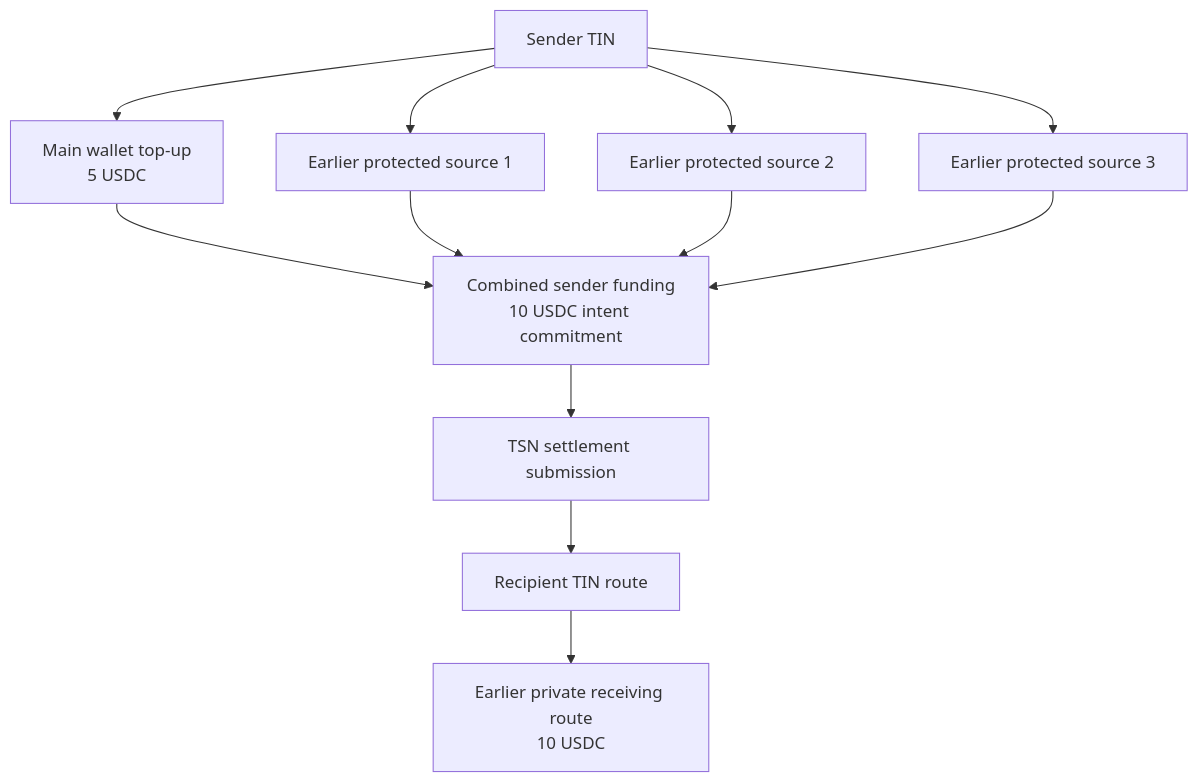
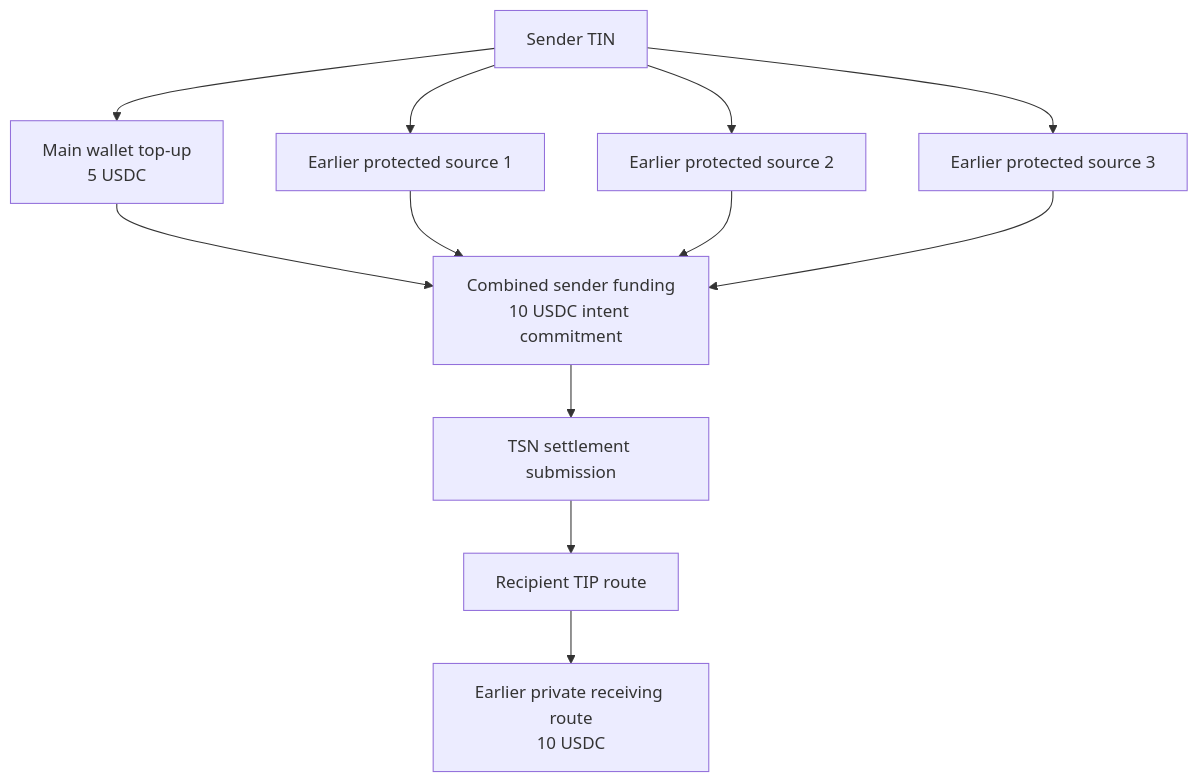
Before and after one commit to bigdreamsweb3/trustlink-pay: the second of 2 diagrams in README.md, drawn with Mermaid. The commit also changed other lines of this file and 50 other files, not shown here.

````diff
--- a/README.md
+++ b/README.md
@@ -211,22 +211,22 @@
 ```mermaid
 flowchart TD
     A["Sender TIN"]
     B["Main wallet top-up<br/>5 USDC"]
     C["Earlier protected source 1"]
     D["Earlier protected source 2"]
     E["Earlier protected source 3"]
     F["Combined sender funding<br/>10 USDC intent commitment"]
     G["TSN settlement submission"]
-    H["Recipient TIN route"]
+    H["Recipient TIP route"]
     I["Earlier private receiving route<br/>10 USDC"]
 
     A --> B
     A --> C
     A --> D
     A --> E
     B --> F
     C --> F
     D --> F
     E --> F
     F --> G --> H --> I
 ```
````
